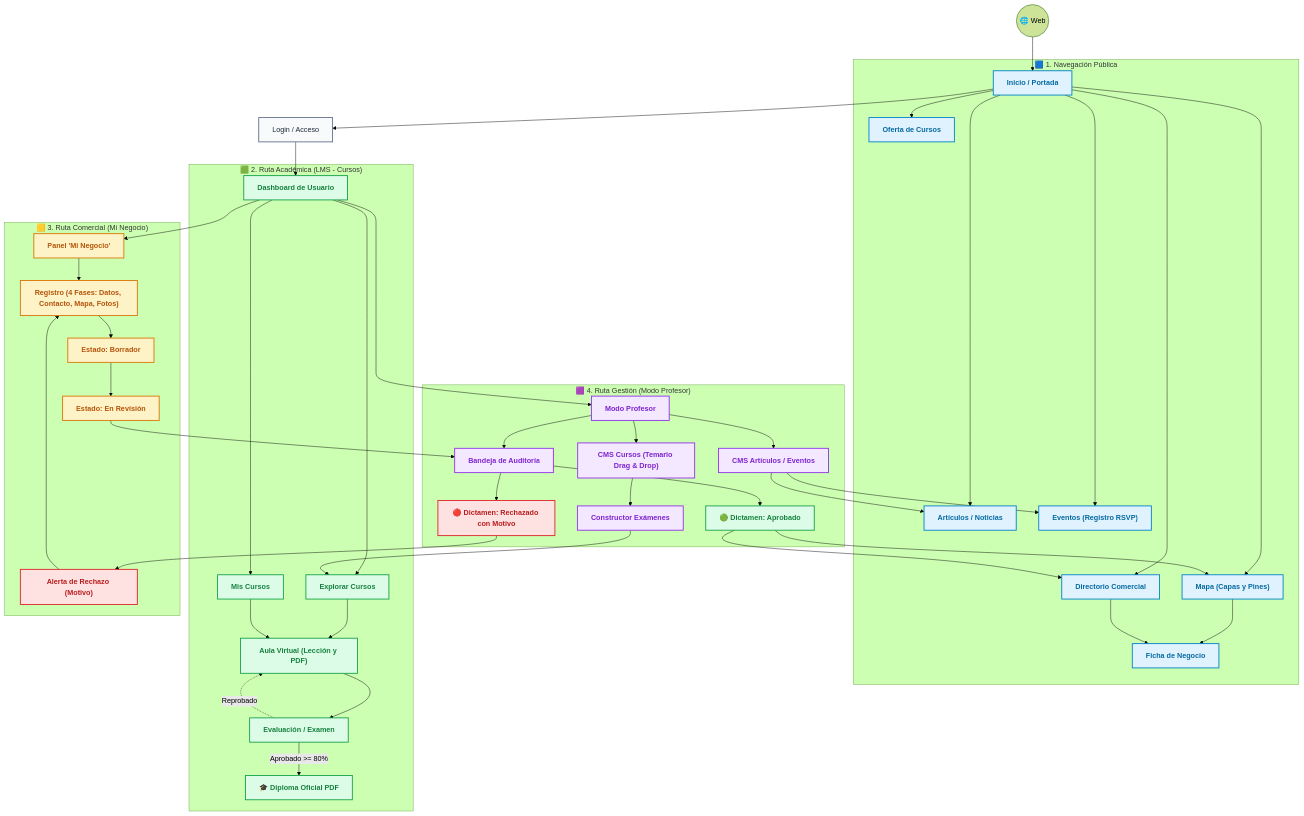
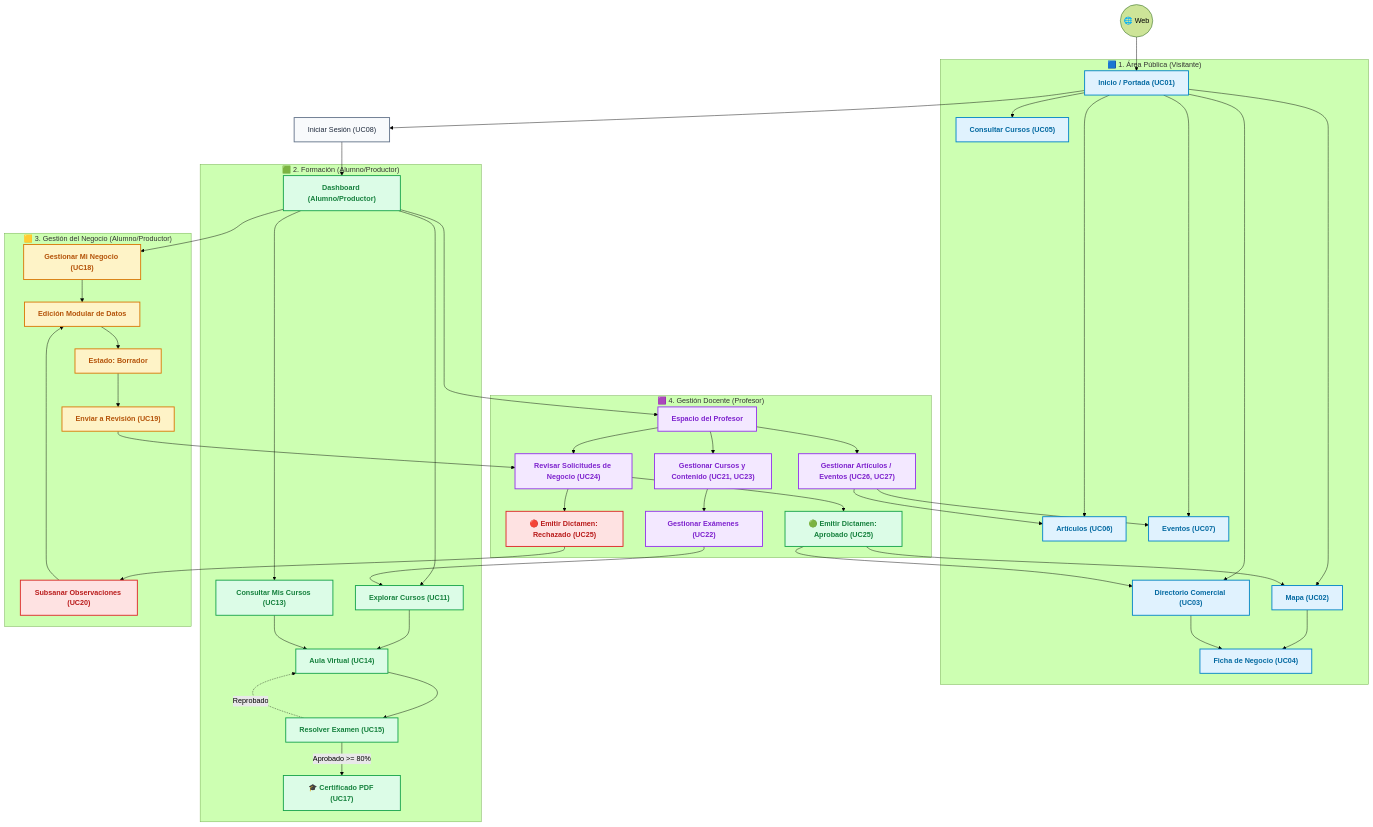
One commit to DaveCuc/reserva-platform changed the second of 2 diagrams in documentacion/Diagrama_3_Comportamiento_y_Rutas.md. Above: the diagram before and after it, drawn with Mermaid (forest theme). The commit also changed other lines of this file and 12 other files, not shown here.

Commit message:
docs: add comprehensive system architecture, dashboard logic, and reference documentation markdown files

````diff
--- a/documentacion/Diagrama_3_Comportamiento_y_Rutas.md
+++ b/documentacion/Diagrama_3_Comportamiento_y_Rutas.md
@@ -178,75 +177,75 @@
 ```mermaid
 flowchart TD
     %% ESTILOS DE COLOR
     classDef pub fill:#e0f2fe,stroke:#0284c7,stroke-width:2px,color:#0369a1,font-weight:bold;
     classDef lms fill:#dcfce7,stroke:#16a34a,stroke-width:2px,color:#15803d,font-weight:bold;
     classDef trade fill:#fef3c7,stroke:#d97706,stroke-width:2px,color:#b45309,font-weight:bold;
     classDef admin fill:#f3e8ff,stroke:#9333ea,stroke-width:2px,color:#7e22ce,font-weight:bold;
     classDef alert fill:#fee2e2,stroke:#dc2626,stroke-width:2px,color:#b91c1c,font-weight:bold;
     classDef nodeBase fill:#f8fafc,stroke:#64748b,stroke-width:2px,color:#1e293b;
 
     %% NODO PRINCIPAL
-    START((🌐 Web)) --> INICIO["Inicio / Portada"]:::pub
+    START((🌐 Web)) --> INICIO["Inicio / Portada (UC01)"]:::pub
 
     %% 1. ÁREA PÚBLICA
-    subgraph SEC_PUB["🟦 1. Navegación Pública"]
-        INICIO --> MAPA["Mapa (Capas y Pines)"]:::pub
-        INICIO --> DIR["Directorio Comercial"]:::pub
-        INICIO --> ART["Artículos / Noticias"]:::pub
-        INICIO --> EVE["Eventos (Registro RSVP)"]:::pub
-        INICIO --> CUR_PUB["Oferta de Cursos"]:::pub
+    subgraph SEC_PUB["🟦 1. Área Pública (Visitante)"]
+        INICIO --> MAPA["Mapa (UC02)"]:::pub
+        INICIO --> DIR["Directorio Comercial (UC03)"]:::pub
+        INICIO --> ART["Artículos (UC06)"]:::pub
+        INICIO --> EVE["Eventos (UC07)"]:::pub
+        INICIO --> CUR_PUB["Consultar Cursos (UC05)"]:::pub
         
-        MAPA --> FICHA["Ficha de Negocio"]:::pub
+        MAPA --> FICHA["Ficha de Negocio (UC04)"]:::pub
         DIR --> FICHA
     end
 
     %% AUTENTICACIÓN
-    INICIO --> LOGIN["Login / Acceso"]:::nodeBase
-    LOGIN --> DASHBOARD["Dashboard de Usuario"]:::lms
+    INICIO --> LOGIN["Iniciar Sesión (UC08)"]:::nodeBase
+    LOGIN --> DASHBOARD["Dashboard (Alumno/Productor)"]:::lms
 
-    %% 2. ÁREA ESTUDIANTE
-    subgraph SEC_LMS["🟩 2. Ruta Académica (LMS - Cursos)"]
-        DASHBOARD --> MIS_CURSOS["Mis Cursos"]:::lms
-        DASHBOARD --> EXPLORAR["Explorar Cursos"]:::lms
+    %% 2. FORMACIÓN
+    subgraph SEC_LMS["🟩 2. Formación (Alumno/Productor)"]
+        DASHBOARD --> MIS_CURSOS["Consultar Mis Cursos (UC13)"]:::lms
+        DASHBOARD --> EXPLORAR["Explorar Cursos (UC11)"]:::lms
         
-        EXPLORAR --> AULA["Aula Virtual (Lección y PDF)"]:::lms
+        EXPLORAR --> AULA["Aula Virtual (UC14)"]:::lms
         MIS_CURSOS --> AULA
-        AULA --> EXAMEN["Evaluación / Examen"]:::lms
+        AULA --> EXAMEN["Resolver Examen (UC15)"]:::lms
         
-        EXAMEN -->|Aprobado >= 80%| DIPLOMA["🎓 Diploma Oficial PDF"]:::lms
+        EXAMEN -->|Aprobado >= 80%| DIPLOMA["🎓 Certificado PDF (UC17)"]:::lms
         EXAMEN -.->|Reprobado| AULA
     end
 
-    %% 3. ÁREA EMPRENDEDOR
-    subgraph SEC_TRADE["🟨 3. Ruta Comercial (Mi Negocio)"]
-        DASHBOARD --> MI_NEGOCIO["Panel 'Mi Negocio'"]:::trade
-        MI_NEGOCIO --> REGISTRO["Registro (4 Fases: Datos, Contacto, Mapa, Fotos)"]:::trade
+    %% 3. GESTIÓN DEL NEGOCIO
+    subgraph SEC_TRADE["🟨 3. Gestión del Negocio (Alumno/Productor)"]
+        DASHBOARD --> MI_NEGOCIO["Gestionar Mi Negocio (UC18)"]:::trade
+        MI_NEGOCIO --> REGISTRO["Edición Modular de Datos"]:::trade
         REGISTRO --> ST_DRAFT["Estado: Borrador"]:::trade
-        ST_DRAFT --> ST_SEND["Estado: En Revisión"]:::trade
-        ALERTA_RECHAZO["Alerta de Rechazo (Motivo)"]:::alert --> REGISTRO
+        ST_DRAFT --> ST_SEND["Enviar a Revisión (UC19)"]:::trade
+        ALERTA_RECHAZO["Subsanar Observaciones (UC20)"]:::alert --> REGISTRO
     end
 
-    %% 4. ÁREA GESTIÓN / PROFESOR
-    subgraph SEC_ADMIN["🟪 4. Ruta Gestión (Modo Profesor)"]
-        DASHBOARD --> TEACHER["Modo Profesor"]:::admin
+    %% 4. GESTIÓN DOCENTE
+    subgraph SEC_ADMIN["🟪 4. Gestión Docente (Profesor)"]
+        DASHBOARD --> TEACHER["Espacio del Profesor"]:::admin
         
         %% Gestión Contenidos
-        TEACHER --> CMS_CURSOS["CMS Cursos (Temario Drag & Drop)"]:::admin
-        CMS_CURSOS --> CMS_EXAMS["Constructor Exámenes"]:::admin
-        TEACHER --> CMS_CMS["CMS Artículos / Eventos"]:::admin
+        TEACHER --> CMS_CURSOS["Gestionar Cursos y Contenido (UC21, UC23)"]:::admin
+        CMS_CURSOS --> CMS_EXAMS["Gestionar Exámenes (UC22)"]:::admin
+        TEACHER --> CMS_CMS["Gestionar Artículos / Eventos (UC26, UC27)"]:::admin
         
         %% Moderación
-        TEACHER --> BANDEJA["Bandeja de Auditoría"]:::admin
-        BANDEJA --> DICT_OK["🟢 Dictamen: Aprobado"]:::lms
-        BANDEJA --> DICT_NO["🔴 Dictamen: Rechazado con Motivo"]:::alert
+        TEACHER --> BANDEJA["Revisar Solicitudes de Negocio (UC24)"]:::admin
+        BANDEJA --> DICT_OK["🟢 Emitir Dictamen: Aprobado (UC25)"]:::lms
+        BANDEJA --> DICT_NO["🔴 Emitir Dictamen: Rechazado (UC25)"]:::alert
     end
 
     %% CONEXIONES DE INTEGRACIÓN
     ST_SEND --> BANDEJA
     DICT_NO --> ALERTA_RECHAZO
     DICT_OK --> DIR
     DICT_OK --> MAPA
     CMS_EXAMS --> EXPLORAR
     CMS_CMS --> ART
     CMS_CMS --> EVE
 ```
````
